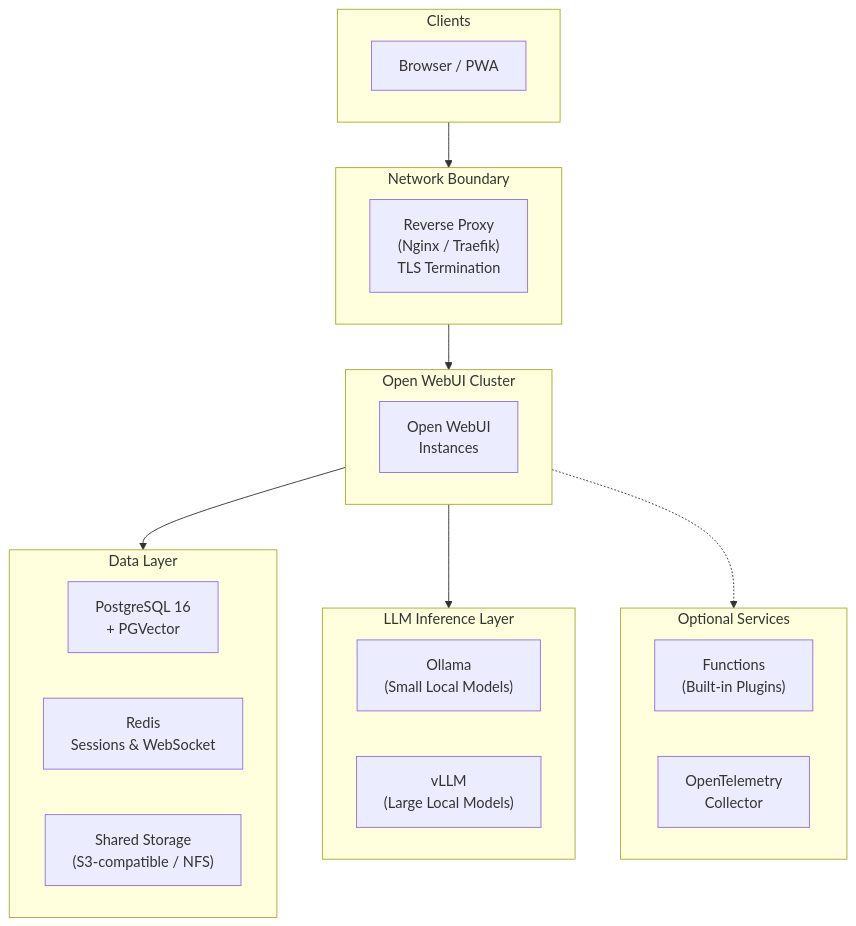
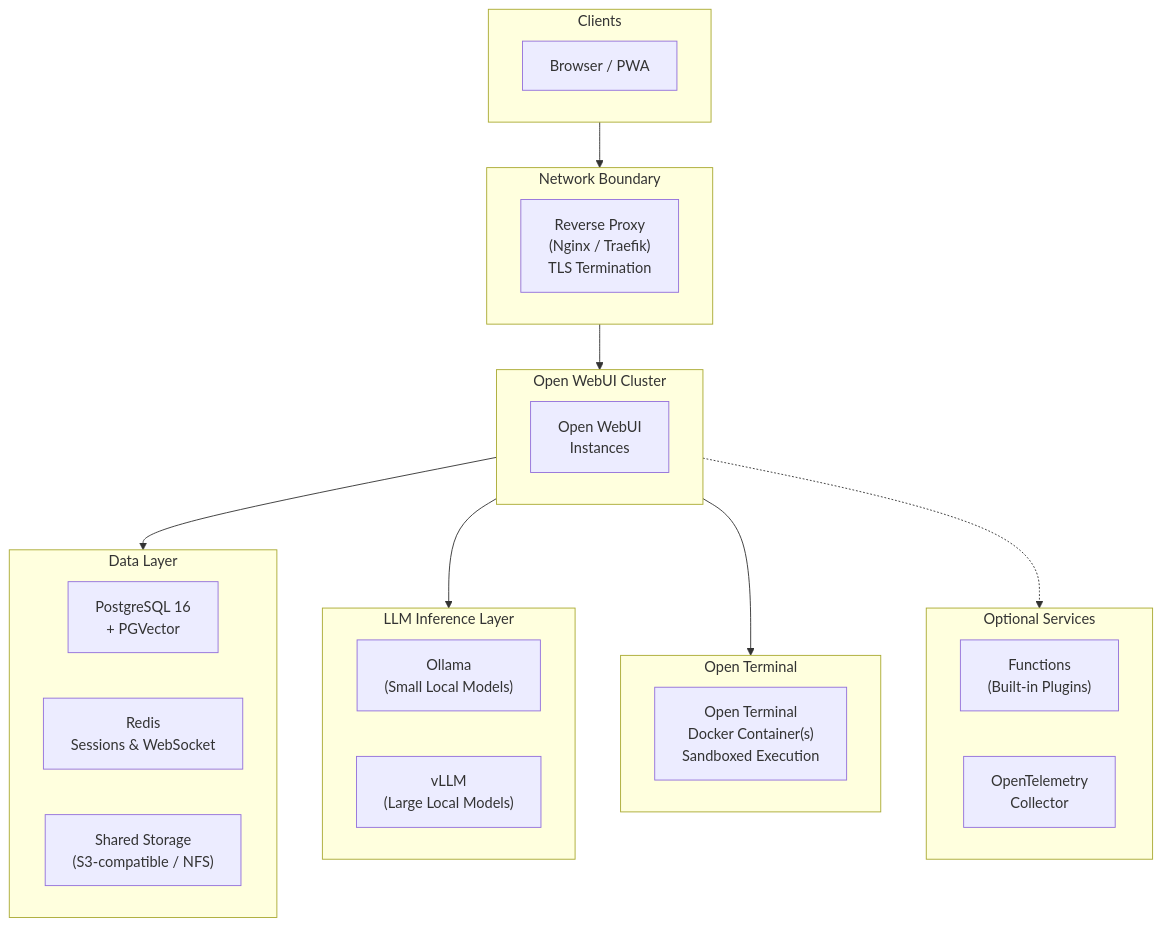
One commit to open-webui/cookbook changed the diagram in blogs/pharmaceutical/article.md. Above: the diagram before and after it, drawn with Mermaid. The commit also changed other lines of this file and 8 other files, not shown here.

````diff
--- a/blogs/pharmaceutical/article.md
+++ b/blogs/pharmaceutical/article.md
@@ -90,36 +142,41 @@
 ```mermaid
 flowchart TB
     subgraph clients["Clients"]
         browser["Browser / PWA"]
     end
 
     subgraph proxy["Network Boundary"]
         lb["Reverse Proxy<br/>(Nginx / Traefik)<br/>TLS Termination"]
     end
 
     subgraph owui["Open WebUI Cluster"]
         owui1["Open WebUI<br/>Instances"]
     end
 
     subgraph data["Data Layer"]
         pg["PostgreSQL 16<br/>+ PGVector"]
         redis["Redis<br/>Sessions & WebSocket"]
         storage["Shared Storage<br/>(S3-compatible / NFS)"]
     end
 
     subgraph inference["LLM Inference Layer"]
         ollama["Ollama<br/>(Small Local Models)"]
         vllm["vLLM<br/>(Large Local Models)"]
     end
 
+    subgraph terminal["Open Terminal"]
+        ot["Open Terminal<br/>Docker Container(s)<br/>Sandboxed Execution"]
+    end
+
     subgraph optional["Optional Services"]
         functions["Functions<br/>(Built-in Plugins)"]
         otel["OpenTelemetry<br/>Collector"]
     end
 
     clients --> proxy
     proxy --> owui
     owui --> data
     owui --> inference
+    owui --> terminal
     owui -.-> optional
 ```
````
